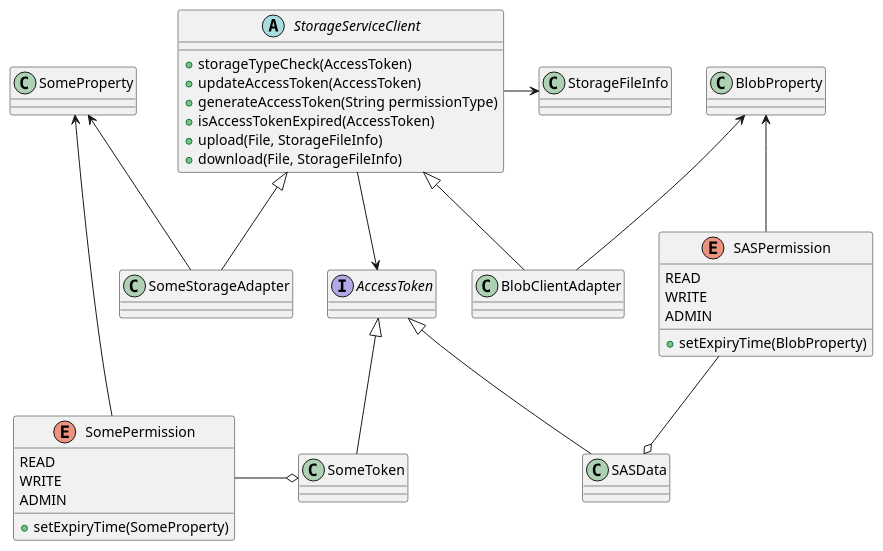
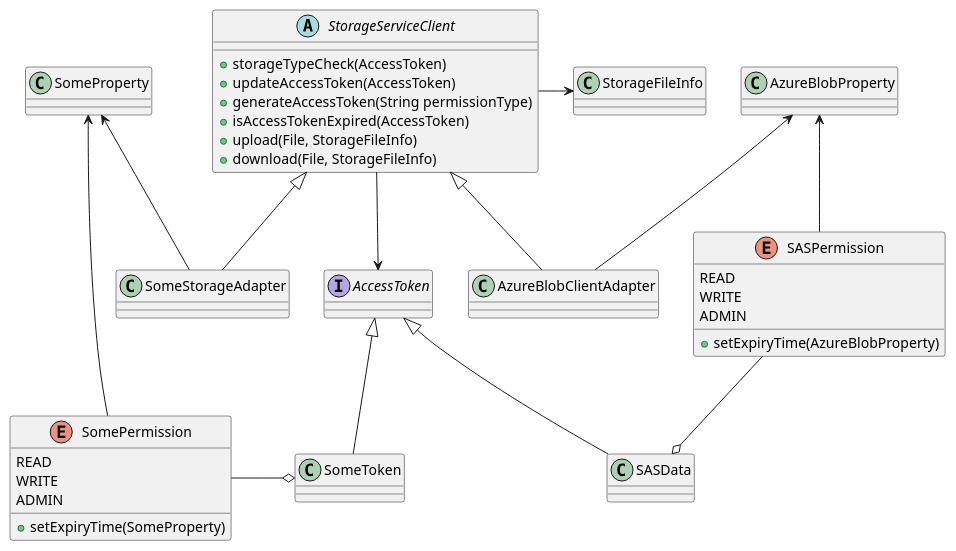
One commit to microsoft/HydraLab changed the diagram in common/doc/UML/storage_system_design.puml. Above: the diagram before and after it, drawn with PlantUML. The commit also changed 13 other files, not shown here.

First line of the commit message:
Update storage type value from BLOB to AZURE to specify org-level storage type

```diff
--- a/common/doc/UML/storage_system_design.puml
+++ b/common/doc/UML/storage_system_design.puml
@@ -1,49 +1,49 @@
 @startuml
 
 interface AccessToken
 abstract class StorageServiceClient {
 +storageTypeCheck(AccessToken)
 +updateAccessToken(AccessToken)
 +generateAccessToken(String permissionType)
 +isAccessTokenExpired(AccessToken)
 +upload(File, StorageFileInfo)
 +download(File, StorageFileInfo)
 }
 class StorageFileInfo
 
-class BlobClientAdapter
-class BlobProperty
+class AzureBlobClientAdapter
+class AzureBlobProperty
 class SASData
 enum SASPermission {
 READ
 WRITE
 ADMIN
-+setExpiryTime(BlobProperty)
++setExpiryTime(AzureBlobProperty)
 }
 
 class SomeStorageAdapter
 class SomeProperty
 class SomeToken
 enum SomePermission {
 READ
 WRITE
 ADMIN
 +setExpiryTime(SomeProperty)
 }
 
 StorageServiceClient --> AccessToken
 StorageServiceClient -> StorageFileInfo
 
-StorageServiceClient <|-- BlobClientAdapter
+StorageServiceClient <|-- AzureBlobClientAdapter
 AccessToken <|-- SASData
 SASPermission --o SASData
-BlobProperty <-- SASPermission
-BlobProperty <-- BlobClientAdapter
+AzureBlobProperty <-- SASPermission
+AzureBlobProperty <-- AzureBlobClientAdapter
 
 StorageServiceClient <|-- SomeStorageAdapter
 AccessToken <|-- SomeToken
 SomePermission -o SomeToken
 SomeProperty <-- SomePermission
 SomeProperty <-- SomeStorageAdapter
 
 @enduml
```
